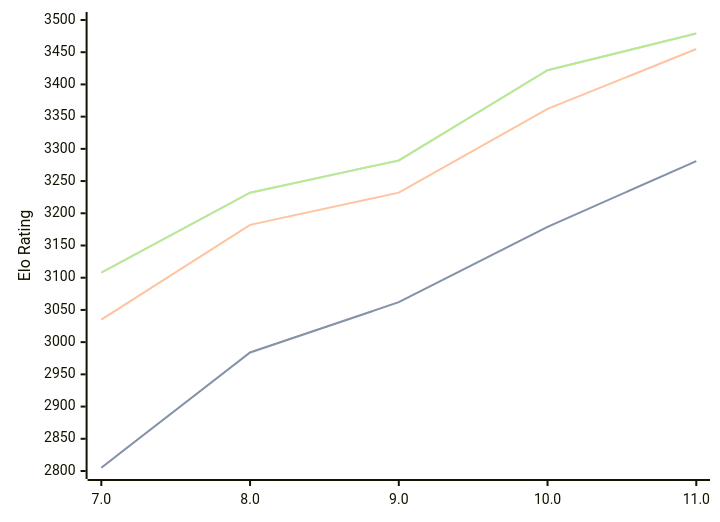
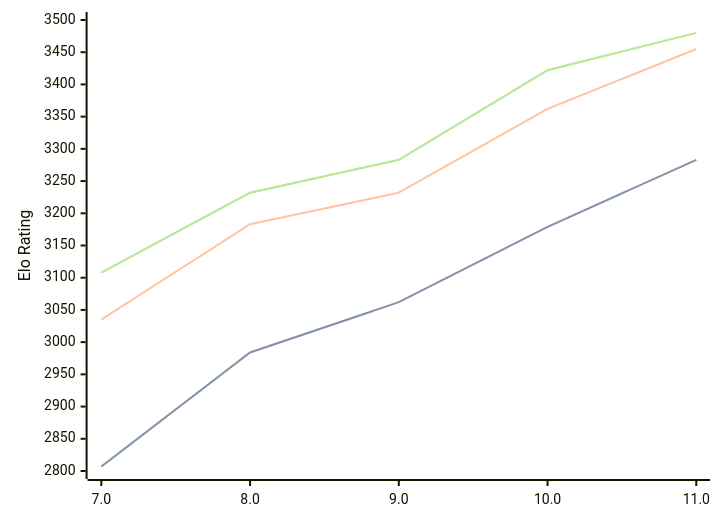
Before and after one commit to computer-chess-index/cci: the diagram in engines/Tcheran.md, drawn with Mermaid. The commit also changed other lines of this file, not shown here.

Commit message:
Update CCI Ratings (ELO VLTC) - 2026-04-22

````diff
--- a/engines/Tcheran.md
+++ b/engines/Tcheran.md
@@ -49,11 +49,11 @@
 ```mermaid
 %%{init: {"theme":"base","themeVariables":{"seriesColors:['#a3a3a3','#222221','#faa371']}}}%%
 xychart-beta
   x-axis ["7.0", "8.0", "9.0", "10.0", "11.0"]
   y-axis "Elo Rating" 2800 --> 3500
-  line "STC (8.0+0.08s)" [2805, 2984, 3062, 3179, 3281]
-  line "STC (8.0+0.08s)" [2805, 2984, 3062, 3179, 3281]
-  line "LTC (60.0+0.60s)" [3035, 3182, 3232, 3362, 3455]
-  line "VLTC (2m24s+1.12s)" [3108, 3232, 3282, 3422, 3479]
-  line "VLTC (2m24s+1.12s)" [3108, 3232, 3282, 3422, 3479]
+  line "STC (8.0+0.08s)" [2807, 2984, 3062, 3179, 3283]
+  line "STC (8.0+0.08s)" [2807, 2984, 3062, 3179, 3283]
+  line "LTC (60.0+0.60s)" [3035, 3183, 3232, 3362, 3455]
+  line "VLTC (2m24s+1.12s)" [3108, 3232, 3283, 3422, 3480]
+  line "VLTC (2m24s+1.12s)" [3108, 3232, 3283, 3422, 3480]
 ```
````
